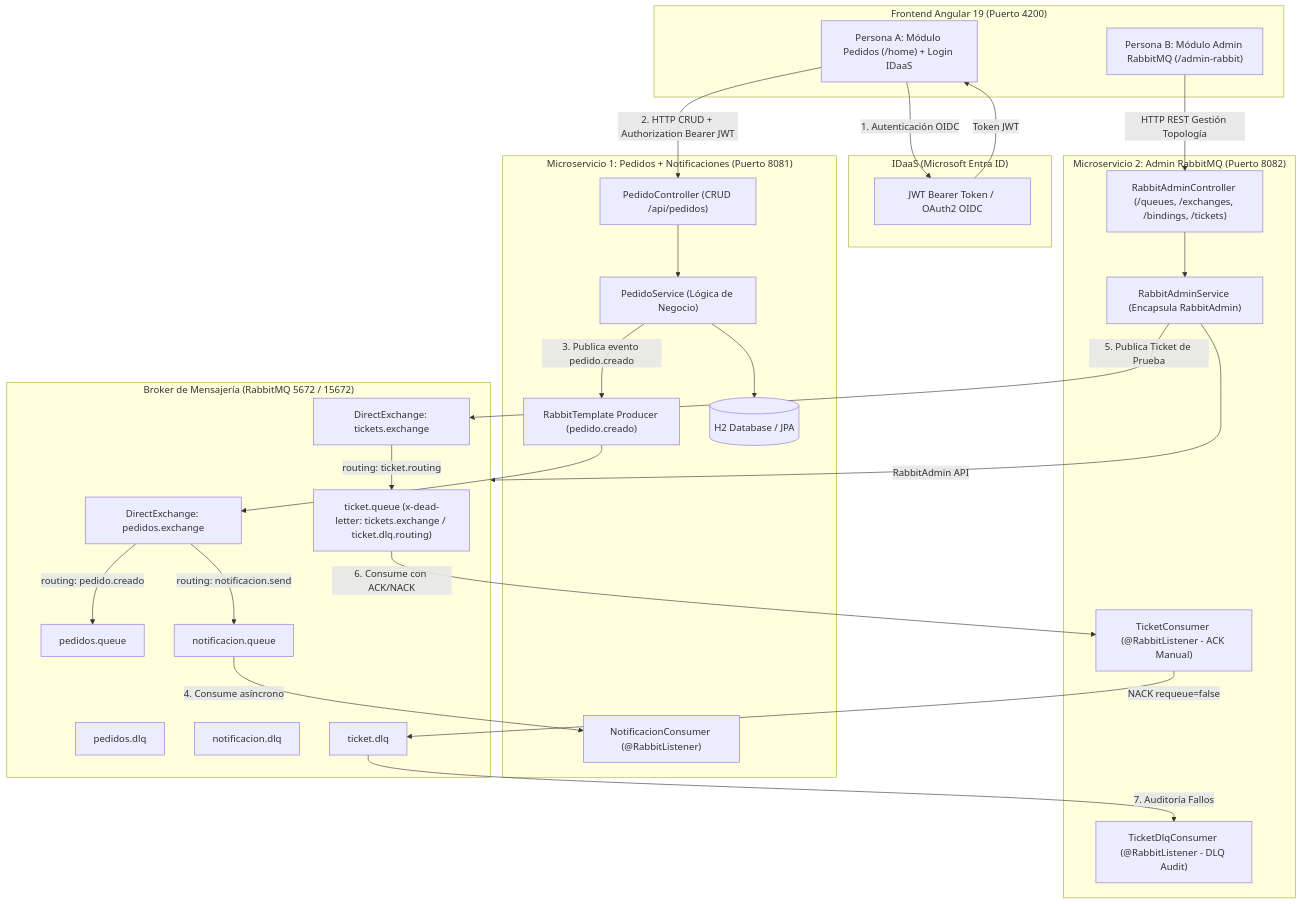
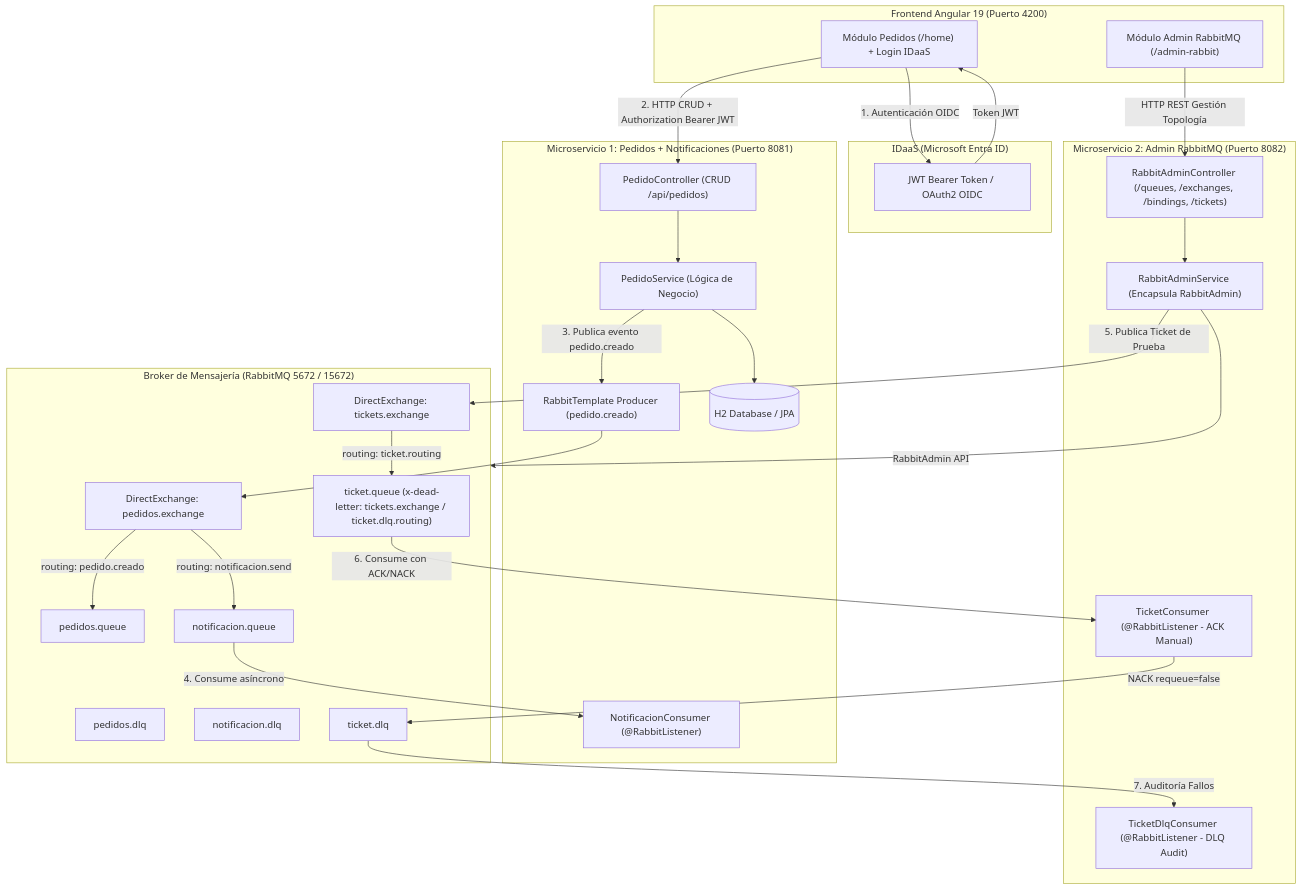
One commit to Tomasdfp/Pedidos360 changed the diagram in INFORME_ENTREGABLE_EP3.md. Above: the diagram before and after it, drawn with Mermaid. The commit also changed other lines of this file, not shown here.

````diff
--- a/INFORME_ENTREGABLE_EP3.md
+++ b/INFORME_ENTREGABLE_EP3.md
@@ -22,58 +20,58 @@
 ```mermaid
 flowchart TD
     subgraph Client["Frontend Angular 19 (Puerto 4200)"]
-        UI_A["Persona A: Módulo Pedidos (/home) + Login IDaaS"]
-        UI_B["Persona B: Módulo Admin RabbitMQ (/admin-rabbit)"]
+        UI_Pedidos["Módulo Pedidos (/home) + Login IDaaS"]
+        UI_Admin["Módulo Admin RabbitMQ (/admin-rabbit)"]
     end
 
     subgraph IDaaS["IDaaS (Microsoft Entra ID)"]
         Auth["JWT Bearer Token / OAuth2 OIDC"]
     end
 
     subgraph BackendPedidos["Microservicio 1: Pedidos + Notificaciones (Puerto 8081)"]
         ControllerPedidos["PedidoController (CRUD /api/pedidos)"]
         ServicePedidos["PedidoService (Lógica de Negocio)"]
         ProducerPedidos["RabbitTemplate Producer (pedido.creado)"]
         ConsumerNotif["NotificacionConsumer (@RabbitListener)"]
         H2DB[(H2 Database / JPA)]
     end
 
     subgraph BackendAdmin["Microservicio 2: Admin RabbitMQ (Puerto 8082)"]
         ControllerAdmin["RabbitAdminController (/queues, /exchanges, /bindings, /tickets)"]
         ServiceAdmin["RabbitAdminService (Encapsula RabbitAdmin)"]
         ConsumerTickets["TicketConsumer (@RabbitListener - ACK Manual)"]
         ConsumerDLQ["TicketDlqConsumer (@RabbitListener - DLQ Audit)"]
     end
 
     subgraph RabbitMQBroker["Broker de Mensajería (RabbitMQ 5672 / 15672)"]
         ExchangePedidos["DirectExchange: pedidos.exchange"]
         QueuePedidos["pedidos.queue"]
         QueuePedidosDLQ["pedidos.dlq"]
         QueueNotif["notificacion.queue"]
         QueueNotifDLQ["notificacion.dlq"]
         
         ExchangeTickets["DirectExchange: tickets.exchange"]
         QueueTickets["ticket.queue (x-dead-letter: tickets.exchange / ticket.dlq.routing)"]
         QueueTicketsDLQ["ticket.dlq"]
     end
 
-    UI_A -->|1. Autenticación OIDC| Auth
-    Auth -->|Token JWT| UI_A
-    UI_A -->|2. HTTP CRUD + Authorization Bearer JWT| ControllerPedidos
+    UI_Pedidos -->|1. Autenticación OIDC| Auth
+    Auth -->|Token JWT| UI_Pedidos
+    UI_Pedidos -->|2. HTTP CRUD + Authorization Bearer JWT| ControllerPedidos
     ControllerPedidos --> ServicePedidos
     ServicePedidos --> H2DB
     ServicePedidos -->|3. Publica evento pedido.creado| ProducerPedidos
     ProducerPedidos --> ExchangePedidos
     ExchangePedidos -->|routing: pedido.creado| QueuePedidos
     ExchangePedidos -->|routing: notificacion.send| QueueNotif
     QueueNotif -->|4. Consume asíncrono| ConsumerNotif
 
-    UI_B -->|HTTP REST Gestión Topología| ControllerAdmin
+    UI_Admin -->|HTTP REST Gestión Topología| ControllerAdmin
     ControllerAdmin --> ServiceAdmin
     ServiceAdmin -->|RabbitAdmin API| RabbitMQBroker
     ServiceAdmin -->|5. Publica Ticket de Prueba| ExchangeTickets
     ExchangeTickets -->|routing: ticket.routing| QueueTickets
     QueueTickets -->|6. Consume con ACK/NACK| ConsumerTickets
     ConsumerTickets -->|NACK requeue=false| QueueTicketsDLQ
     QueueTicketsDLQ -->|7. Auditoría Fallos| ConsumerDLQ
 ```
````
